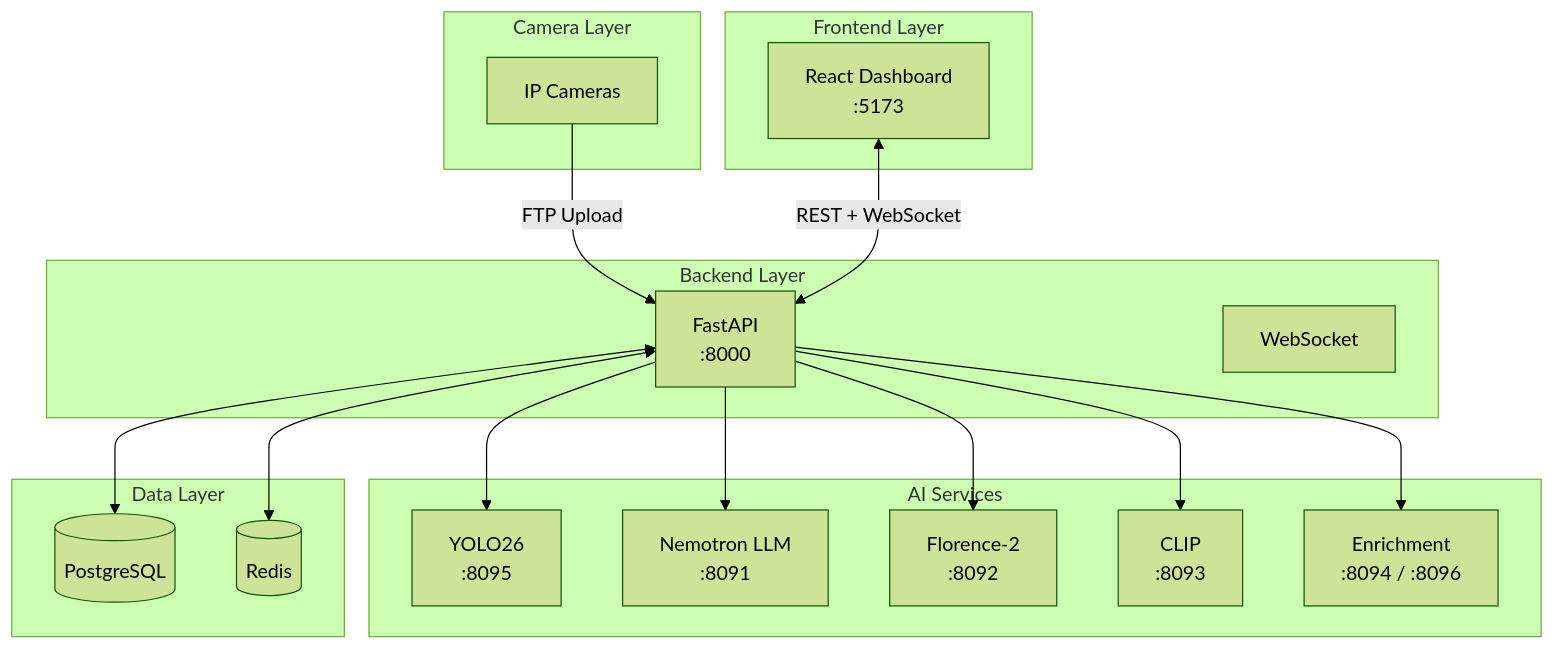
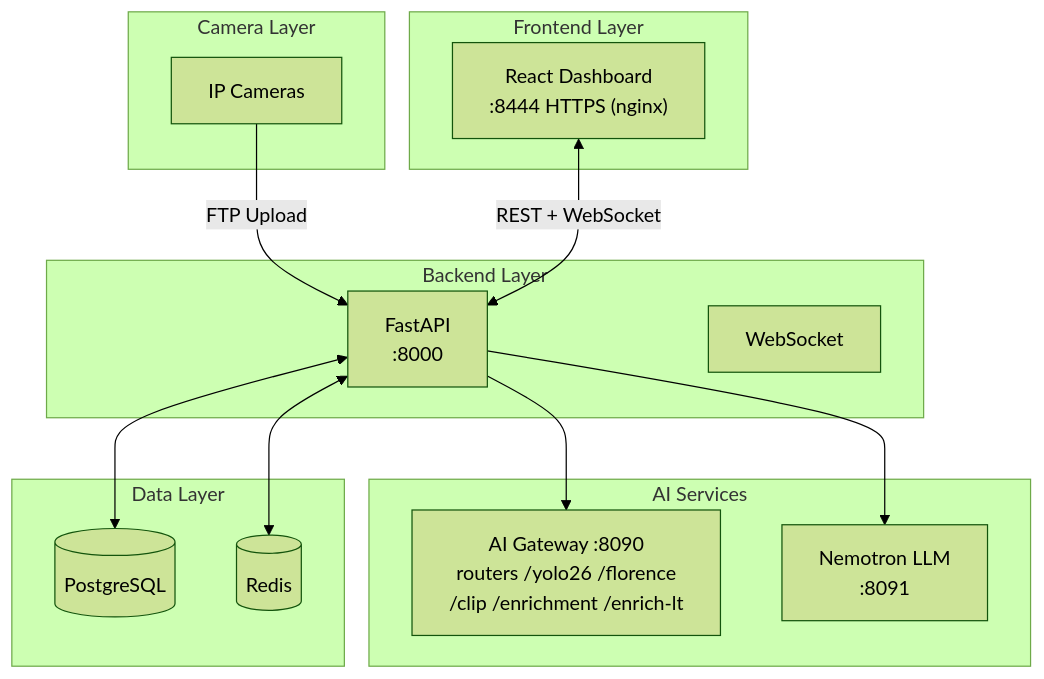
Before and after one commit to mikesvoboda/nemotron-v3-home-security-intelligence: the seventh of 7 diagrams in docs/index.md, drawn with Mermaid (forest theme). The commit also changed other lines of this file and 313 other files, not shown here.

````diff
--- a/docs/index.md
+++ b/docs/index.md
@@ -163,28 +163,26 @@
 ```mermaid
 flowchart TB
     subgraph Cameras["Camera Layer"]
         CAM[IP Cameras]
     end
     subgraph Frontend["Frontend Layer"]
-        UI["React Dashboard<br/>:5173"]
+        UI["React Dashboard<br/>:8444 HTTPS (nginx)"]
     end
     subgraph Backend["Backend Layer"]
         API["FastAPI<br/>:8000"]
         WS["WebSocket"]
     end
     subgraph AI["AI Services"]
-        YOLO["YOLO26<br/>:8095"]
+        GW["AI Gateway :8090<br/>routers /yolo26 /florence<br/>/clip /enrichment /enrich-lt"]
         NEM["Nemotron LLM<br/>:8091"]
-        FLO["Florence-2<br/>:8092"]
-        CLIP["CLIP<br/>:8093"]
-        ENR["Enrichment<br/>:8094 / :8096"]
     end
     subgraph Data["Data Layer"]
         DB[(PostgreSQL)]
         REDIS[(Redis)]
     end
     CAM -->|FTP Upload| API
     UI <-->|REST + WebSocket| API
-    API --> YOLO & NEM & FLO & CLIP & ENR
+    API --> GW
+    API --> NEM
     API <--> DB & REDIS
 ```
````
